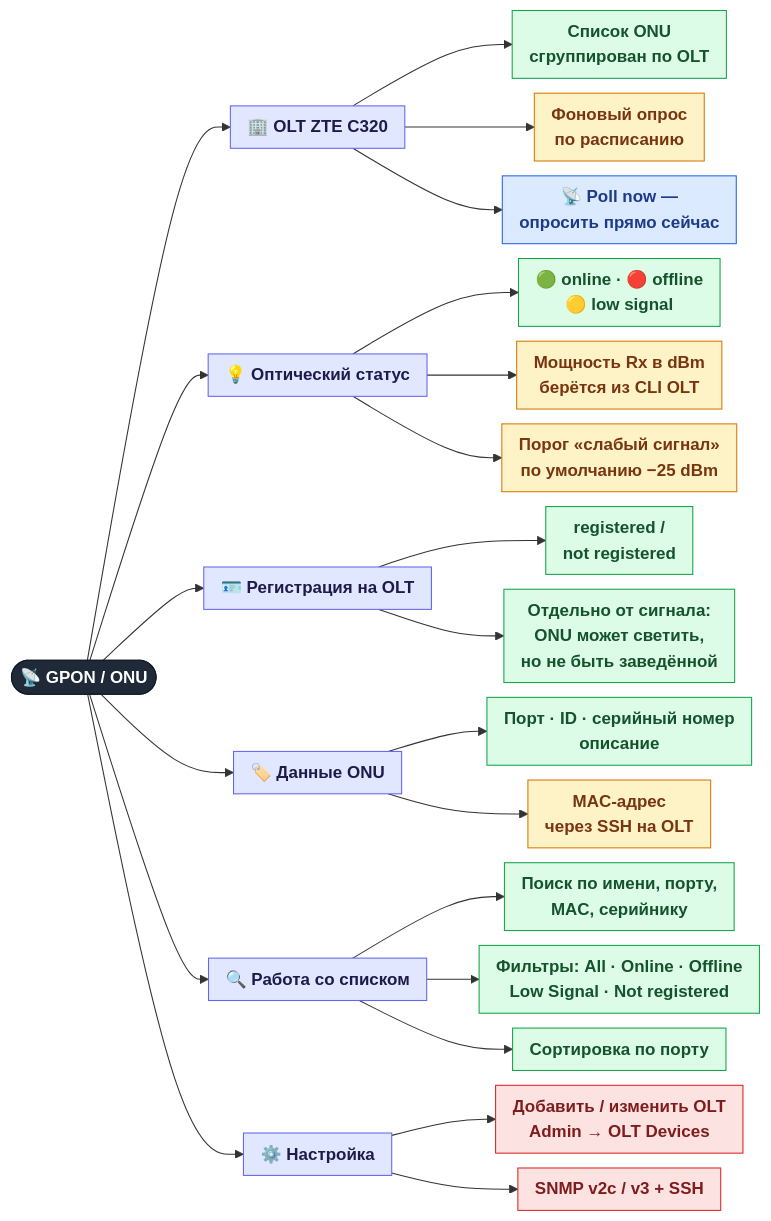
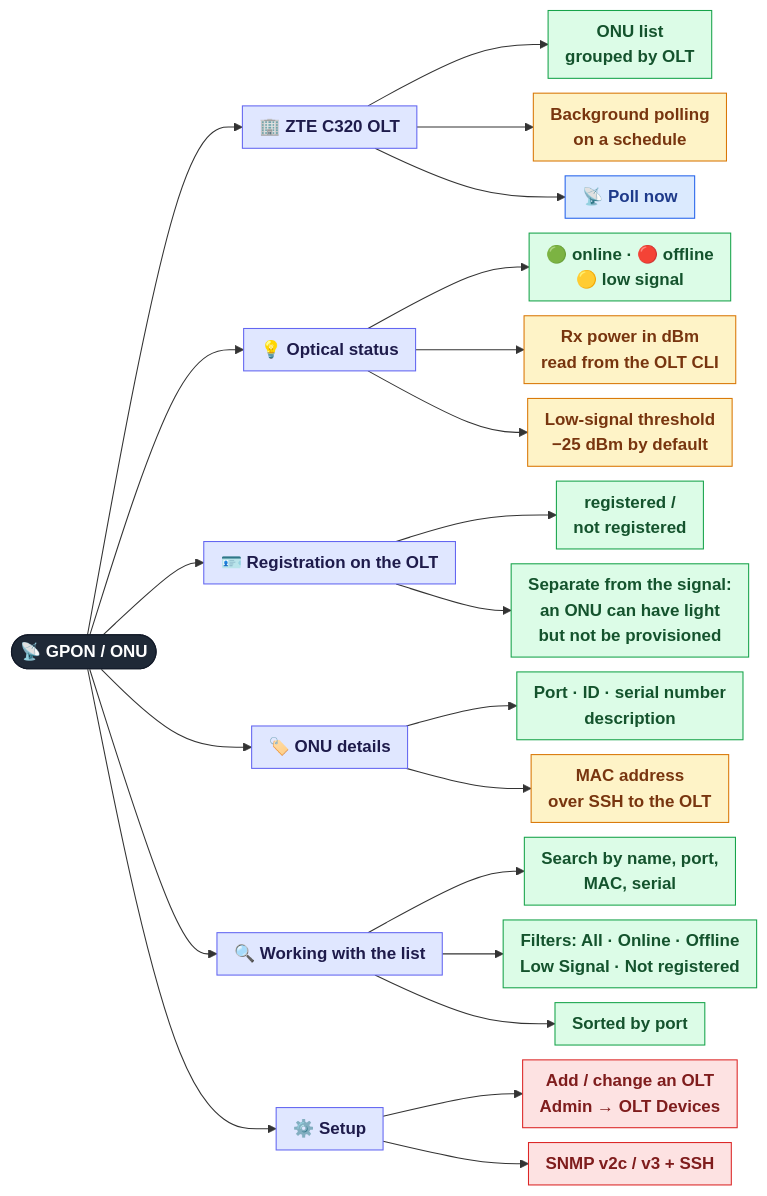
The diagram in docs/features/05-onu.md (Madly222/MCPforMonitoring), drawn with Mermaid before and after one commit. The commit also changed other lines of this file and 37 other files, not shown here.

````diff
--- a/docs/features/05-onu.md
+++ b/docs/features/05-onu.md
@@ -7,39 +7,39 @@
 ```mermaid
 %%{init: {"flowchart": {"nodeSpacing": 14, "rankSpacing": 45, "curve": "basis", "padding": 8, "wrappingWidth": 260}}}%%
 flowchart LR
     ROOT(["📡 GPON / ONU"]):::root
 
-    ROOT --> OLT["🏢 OLT ZTE C320"]:::group
-    OLT --> O1["Список ONU<br/>сгруппирован по OLT"]:::all
-    OLT --> O2["Фоновый опрос<br/>по расписанию"]:::auto
-    OLT --> O3["📡 Poll now —<br/>опросить прямо сейчас"]:::admin
+    ROOT --> OLT["🏢 ZTE C320 OLT"]:::group
+    OLT --> O1["ONU list<br/>grouped by OLT"]:::all
+    OLT --> O2["Background polling<br/>on a schedule"]:::auto
+    OLT --> O3["📡 Poll now"]:::admin
 
-    ROOT --> SIG["💡 Оптический статус"]:::group
+    ROOT --> SIG["💡 Optical status"]:::group
     SIG --> S1["🟢 online · 🔴 offline<br/>🟡 low signal"]:::all
-    SIG --> S2["Мощность Rx в dBm<br/>берётся из CLI OLT"]:::auto
-    SIG --> S3["Порог «слабый сигнал»<br/>по умолчанию −25 dBm"]:::auto
+    SIG --> S2["Rx power in dBm<br/>read from the OLT CLI"]:::auto
+    SIG --> S3["Low-signal threshold<br/>−25 dBm by default"]:::auto
 
-    ROOT --> REG["🪪 Регистрация на OLT"]:::group
+    ROOT --> REG["🪪 Registration on the OLT"]:::group
     REG --> R1["registered /<br/>not registered"]:::all
-    REG --> R2["Отдельно от сигнала:<br/>ONU может светить,<br/>но не быть заведённой"]:::all
+    REG --> R2["Separate from the signal:<br/>an ONU can have light<br/>but not be provisioned"]:::all
 
-    ROOT --> INFO["🏷️ Данные ONU"]:::group
-    INFO --> I1["Порт · ID · серийный номер<br/>описание"]:::all
-    INFO --> I2["MAC-адрес<br/>через SSH на OLT"]:::auto
+    ROOT --> INFO["🏷️ ONU details"]:::group
+    INFO --> I1["Port · ID · serial number<br/>description"]:::all
+    INFO --> I2["MAC address<br/>over SSH to the OLT"]:::auto
 
-    ROOT --> FIND["🔍 Работа со списком"]:::group
-    FIND --> F1["Поиск по имени, порту,<br/>MAC, серийнику"]:::all
-    FIND --> F2["Фильтры: All · Online · Offline<br/>Low Signal · Not registered"]:::all
-    FIND --> F3["Сортировка по порту"]:::all
+    ROOT --> FIND["🔍 Working with the list"]:::group
+    FIND --> F1["Search by name, port,<br/>MAC, serial"]:::all
+    FIND --> F2["Filters: All · Online · Offline<br/>Low Signal · Not registered"]:::all
+    FIND --> F3["Sorted by port"]:::all
 
-    ROOT --> CONF["⚙️ Настройка"]:::group
-    CONF --> C1["Добавить / изменить OLT<br/>Admin → OLT Devices"]:::super
+    ROOT --> CONF["⚙️ Setup"]:::group
+    CONF --> C1["Add / change an OLT<br/>Admin → OLT Devices"]:::super
     CONF --> C2["SNMP v2c / v3 + SSH"]:::super
 
     classDef root  fill:#1f2937,stroke:#111827,color:#ffffff,font-weight:bold
     classDef group fill:#e0e7ff,stroke:#6366f1,color:#1e1b4b,font-weight:bold
     classDef all   fill:#dcfce7,stroke:#16a34a,color:#14532d
     classDef admin fill:#dbeafe,stroke:#2563eb,color:#1e3a8a
     classDef super fill:#fde2e2,stroke:#dc2626,color:#7f1d1d
     classDef auto  fill:#fef3c7,stroke:#d97706,color:#78350f
 ```
````
